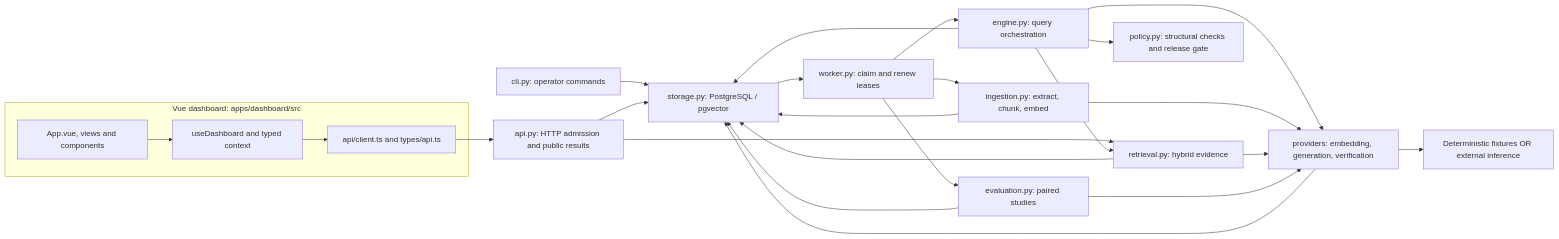
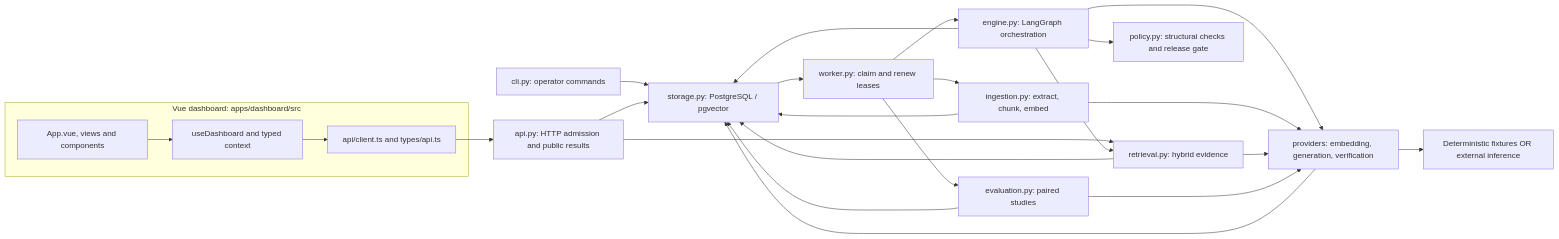
One commit to mhosseinab/evidence-lab changed the first of 5 diagrams in README.md. Above: the diagram before and after it, drawn with Mermaid. The commit also changed other lines of this file and 58 other files, not shown here.

````diff
--- a/README.md
+++ b/README.md
@@ -84,27 +84,27 @@
 ```mermaid
 flowchart LR
   subgraph Dashboard["Vue dashboard: apps/dashboard/src"]
     Views["App.vue, views and components"] --> State["useDashboard and typed context"]
     State --> Client["api/client.ts and types/api.ts"]
   end
   Client --> API["api.py: HTTP admission and public results"]
   CLI["cli.py: operator commands"] --> Store["storage.py: PostgreSQL / pgvector"]
   API --> Store
   API --> Retrieval["retrieval.py: hybrid evidence"]
   Store --> Worker["worker.py: claim and renew leases"]
   Worker --> Ingestion["ingestion.py: extract, chunk, embed"]
-  Worker --> Engine["engine.py: query orchestration"]
+  Worker --> Engine["engine.py: LangGraph orchestration"]
   Worker --> Eval["evaluation.py: paired studies"]
   Engine --> Retrieval
   Engine --> Policy["policy.py: structural checks and release gate"]
   Engine --> Hub["providers: embedding, generation, verification"]
   Ingestion --> Hub
   Retrieval --> Hub
   Eval --> Hub
   Ingestion --> Store
   Retrieval --> Store
   Engine --> Store
   Eval --> Store
   Hub --> Store
   Hub --> Inference["Deterministic fixtures OR external inference"]
 ```
````
